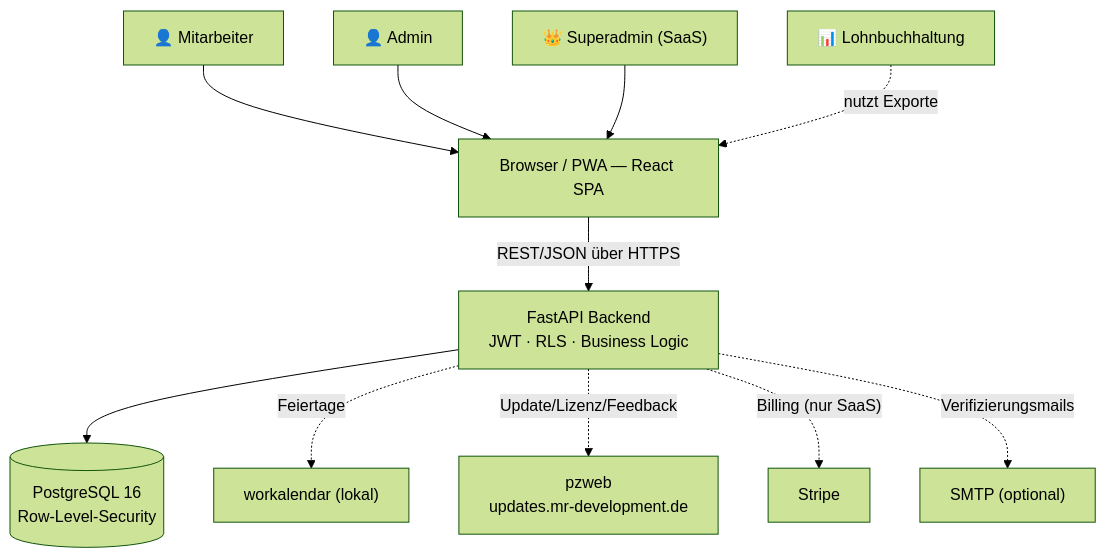
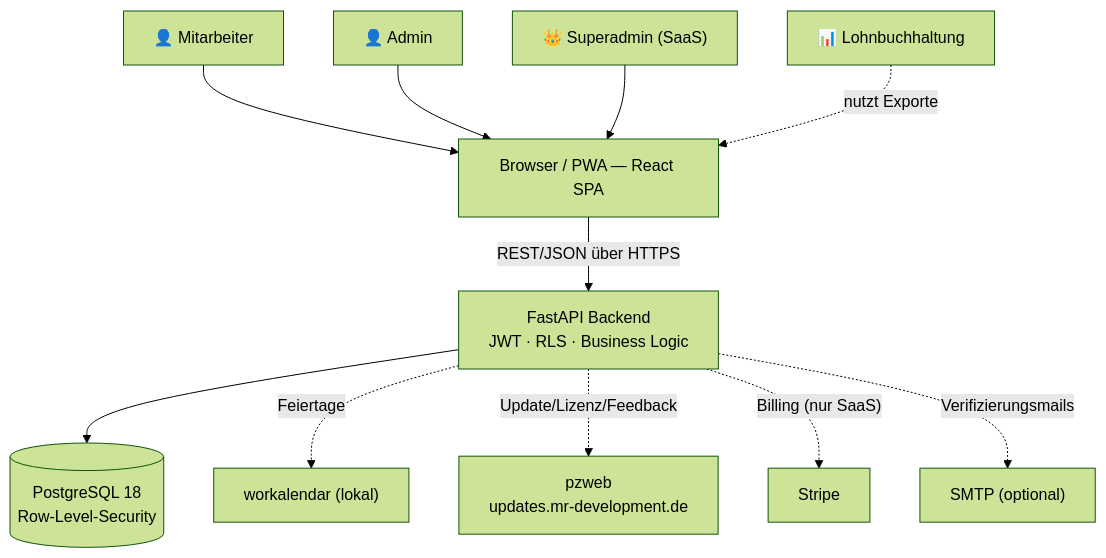
One commit to phash/praxiszeit changed the fourth of 4 diagrams in docs/ARC42.md. Above: the diagram before and after it, drawn with Mermaid (forest theme). The commit also changed other lines of this file and 4 other files, not shown here.

First line of the commit message:
docs: PostgreSQL 16 -> 18 in den operativen Anleitungen (1.10.0)

````diff
--- a/docs/ARC42.md
+++ b/docs/ARC42.md
@@ -254,15 +254,15 @@
 ```mermaid
 flowchart TB
     MA["👤 Mitarbeiter"] --> SPA
     AD["👤 Admin"] --> SPA
     SA["👑 Superadmin (SaaS)"] --> SPA
     LB["📊 Lohnbuchhaltung"] -. nutzt Exporte .-> SPA
 
     SPA["Browser / PWA — React SPA"] -->|REST/JSON über HTTPS| API
-    API["FastAPI Backend<br/>JWT · RLS · Business Logic"] --> DB[("PostgreSQL 16<br/>Row-Level-Security")]
+    API["FastAPI Backend<br/>JWT · RLS · Business Logic"] --> DB[("PostgreSQL 18<br/>Row-Level-Security")]
 
     API -. Feiertage .-> WK["workalendar (lokal)"]
     API -. Update/Lizenz/Feedback .-> PZ["pzweb<br/>updates.mr-development.de"]
     API -. Billing (nur SaaS) .-> ST["Stripe"]
     API -. Verifizierungsmails .-> SMTP["SMTP (optional)"]
 ```
````
